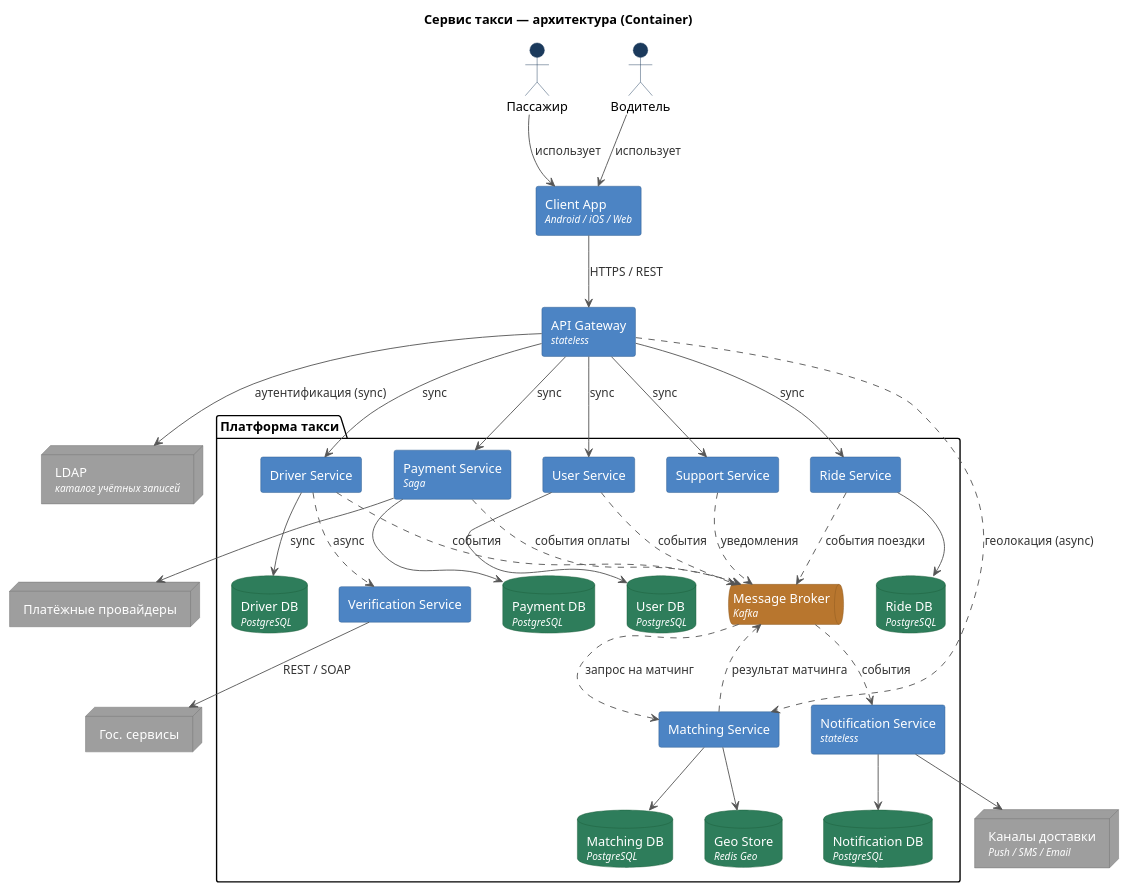
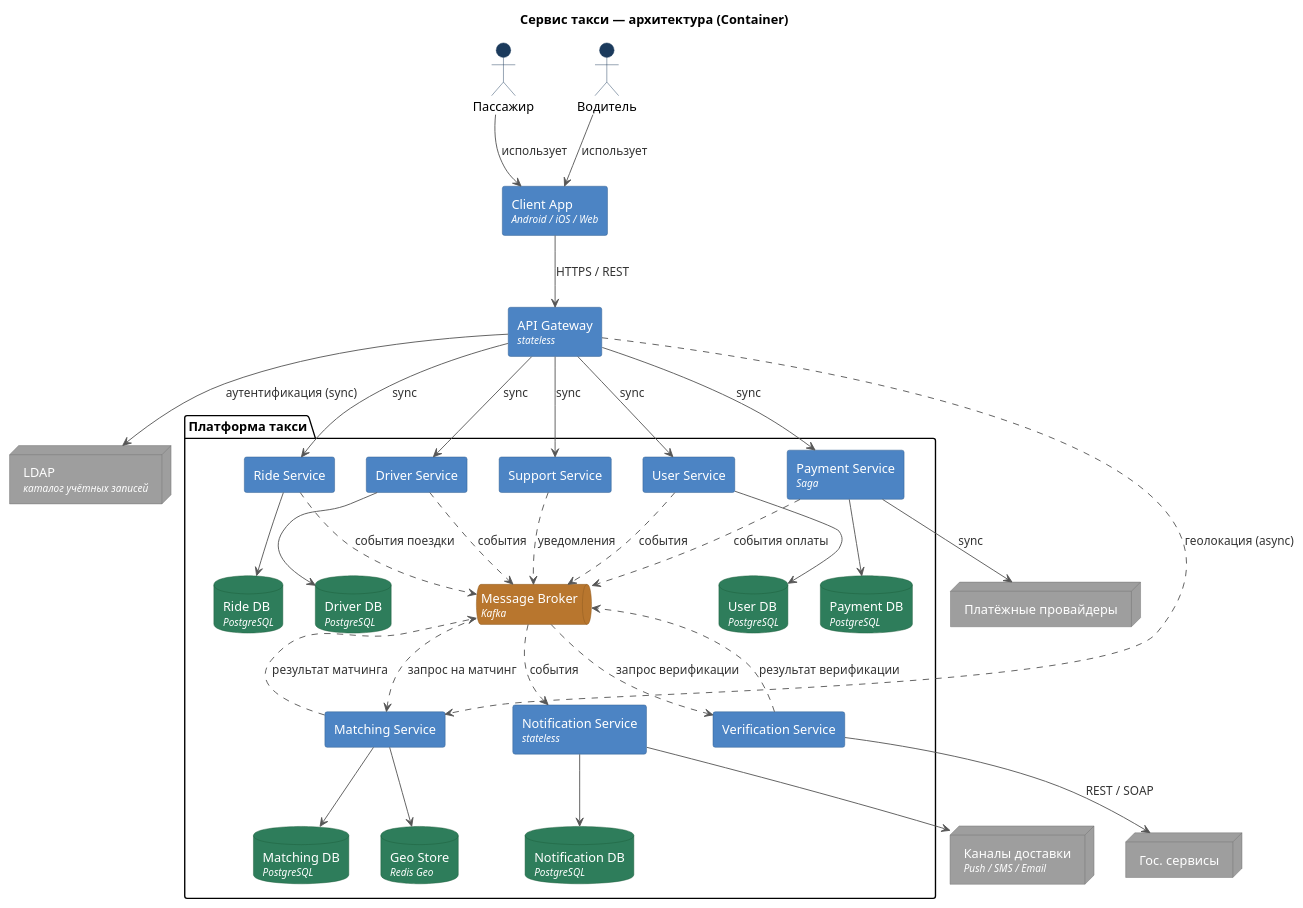
Before and after one commit to Fleaman777/sd-homework: the first of 4 diagrams in hw_01/solution/README.md, drawn with PlantUML. The commit also changed other lines of this file and 4 other files, not shown here.

```diff
--- a/hw_01/solution/README.md
+++ b/hw_01/solution/README.md
@@ -116,8 +116,9 @@
 userSvc ..> kafka : события
 
 driverSvc --> driverDb
-driverSvc ..> verifySvc : async
 driverSvc ..> kafka : события
+kafka ..> verifySvc : запрос верификации
+verifySvc ..> kafka : результат верификации
 verifySvc --> govApi : REST / SOAP
 
 rideSvc --> rideDb
```
